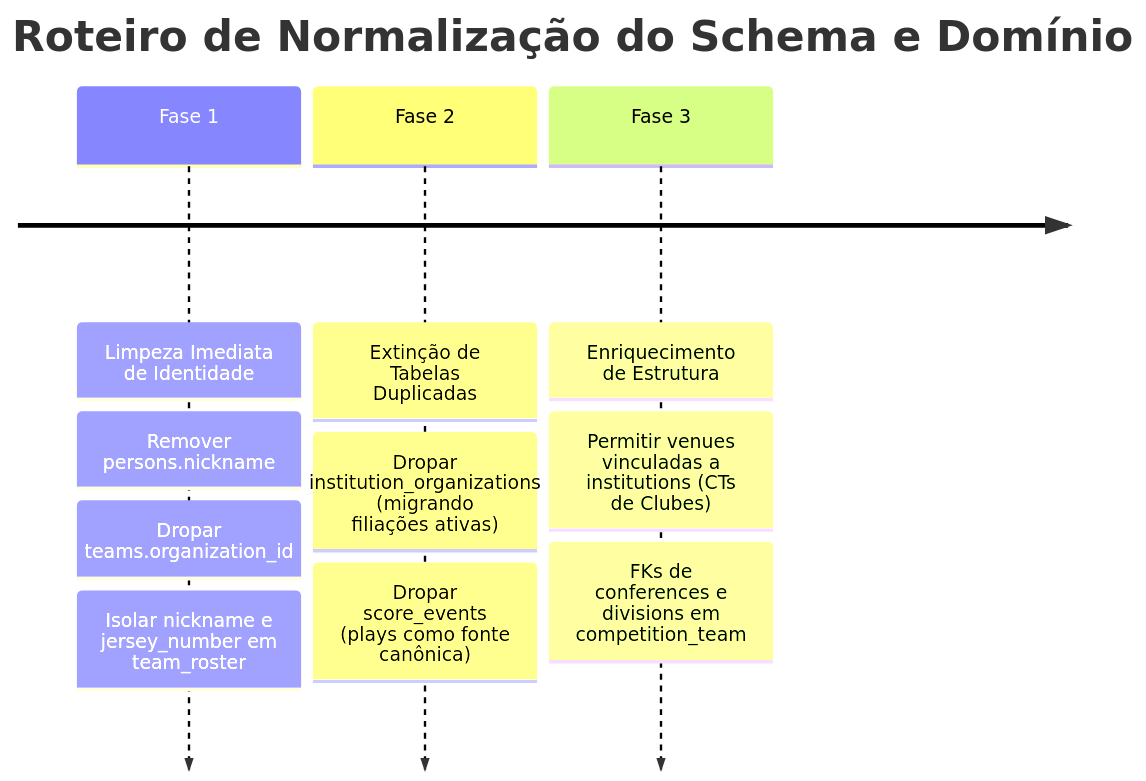
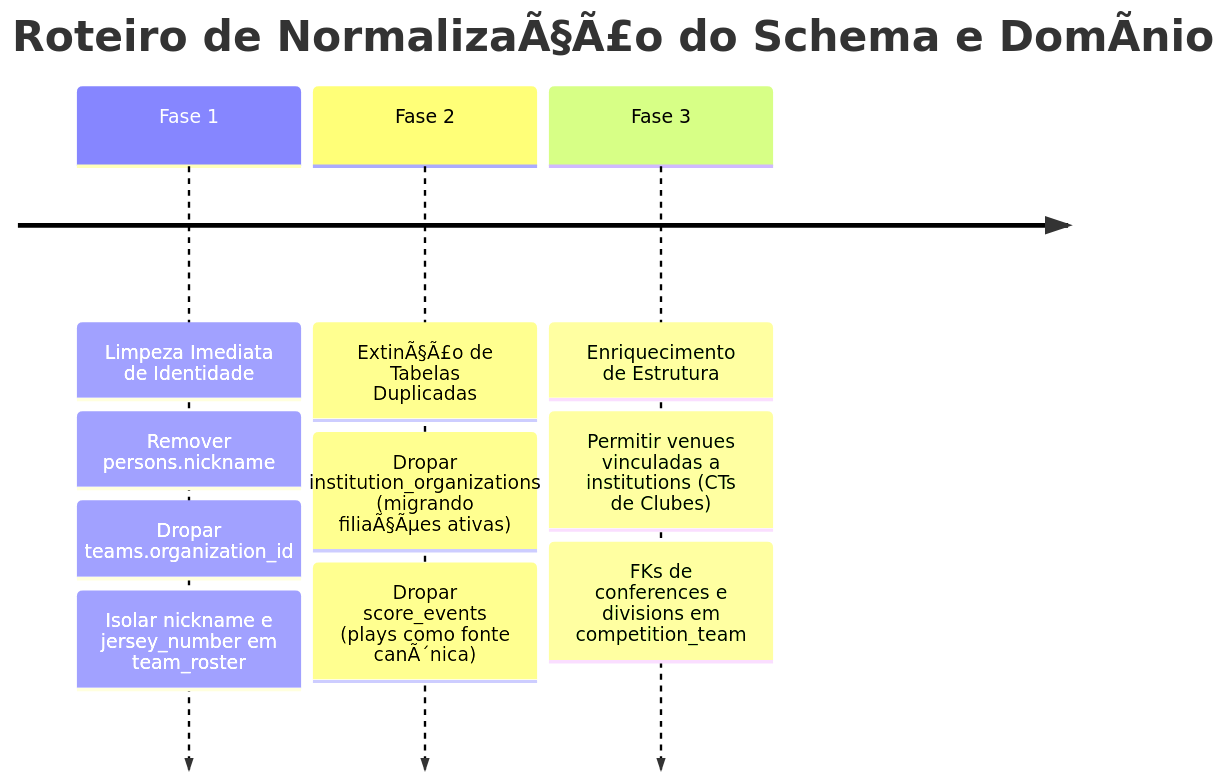
The third of 3 diagrams in architecture/analise-profunda-conflitos-e-incoerencias-modelo-dados.md (cesargranelli/flag_platform_docs), drawn with Mermaid before and after one commit. The commit also changed other lines of this file, not shown here.

Commit message:
docs(architecture): registra conclusao da fase 2 da normalizacao do modelo de dados

````diff
--- a/architecture/analise-profunda-conflitos-e-incoerencias-modelo-dados.md
+++ b/architecture/analise-profunda-conflitos-e-incoerencias-modelo-dados.md
@@ -236,7 +236,7 @@
 ```mermaid
 timeline
-    title Roteiro de Normalização do Schema e Domínio
+    title Roteiro de NormalizaÃ§Ã£o do Schema e DomÃ­nio
     Fase 1 : Limpeza Imediata de Identidade : Remover persons.nickname : Dropar teams.organization_id : Isolar nickname e jersey_number em team_roster
-    Fase 2 : Extinção de Tabelas Duplicadas : Dropar institution_organizations (migrando filiações ativas) : Dropar score_events (plays como fonte canônica)
+    Fase 2 : ExtinÃ§Ã£o de Tabelas Duplicadas : Dropar institution_organizations (migrando filiaÃ§Ãµes ativas) : Dropar score_events (plays como fonte canÃ´nica)
     Fase 3 : Enriquecimento de Estrutura : Permitir venues vinculadas a institutions (CTs de Clubes) : FKs de conferences e divisions em competition_team
 ```
````
